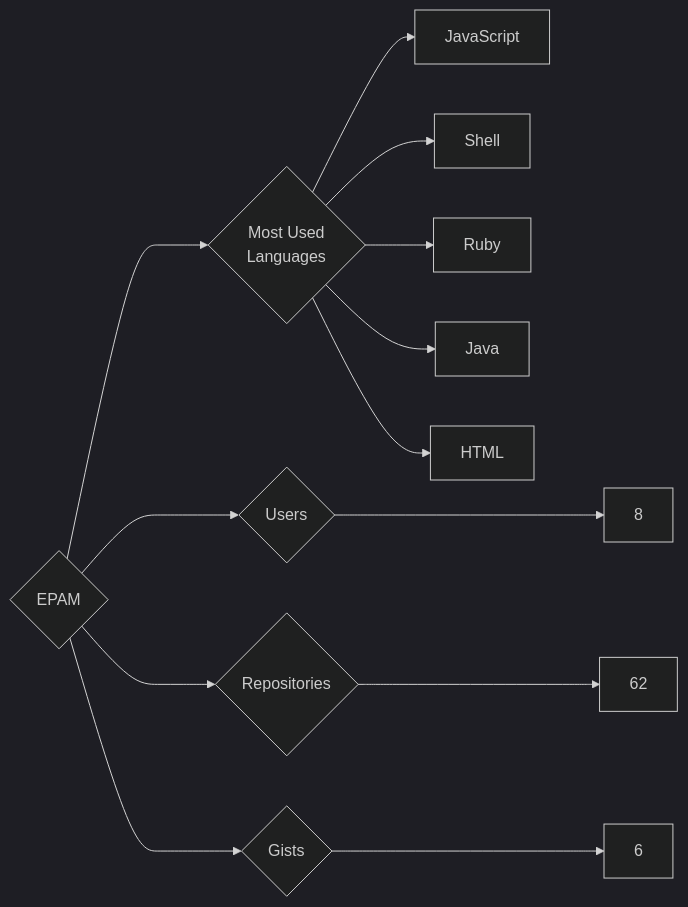
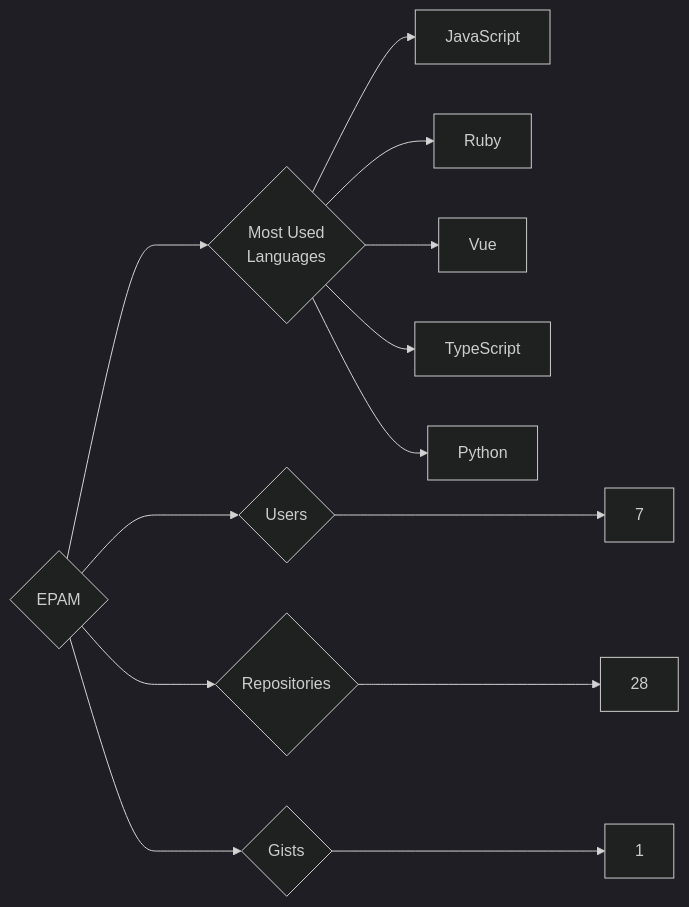
The diagram in targets/EPAM/README.md (trickest/insiders), drawn with Mermaid (dark theme) before and after one commit. The commit also changed 988 other files, not shown here.

````diff
--- a/targets/EPAM/README.md
+++ b/targets/EPAM/README.md
@@ -3,13 +3,13 @@
 ```mermaid
 graph LR
 COMPANY_NAME{EPAM}
-COMPANY_NAME ---> U{Users} ---> UN[8]
-COMPANY_NAME ---> R{Repositories} ---> RN[62]
-COMPANY_NAME ---> G{Gists} ---> GN[6]
+COMPANY_NAME ---> U{Users} ---> UN[7]
+COMPANY_NAME ---> R{Repositories} ---> RN[28]
+COMPANY_NAME ---> G{Gists} ---> GN[1]
 COMPANY_NAME ---> ML{Most Used<br>Languages}
 ML --> JavaScript[JavaScript]
-ML --> Shell[Shell]
 ML --> Ruby[Ruby]
-ML --> Java[Java]
-ML --> HTML[HTML]
+ML --> Vue[Vue]
+ML --> TypeScript[TypeScript]
+ML --> Python[Python]
 ```
````
